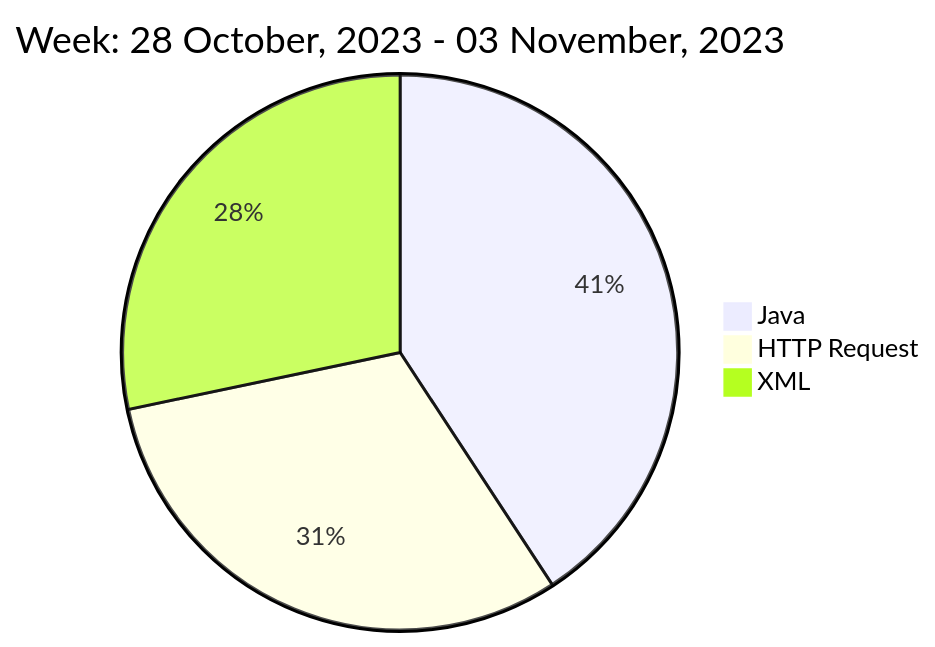
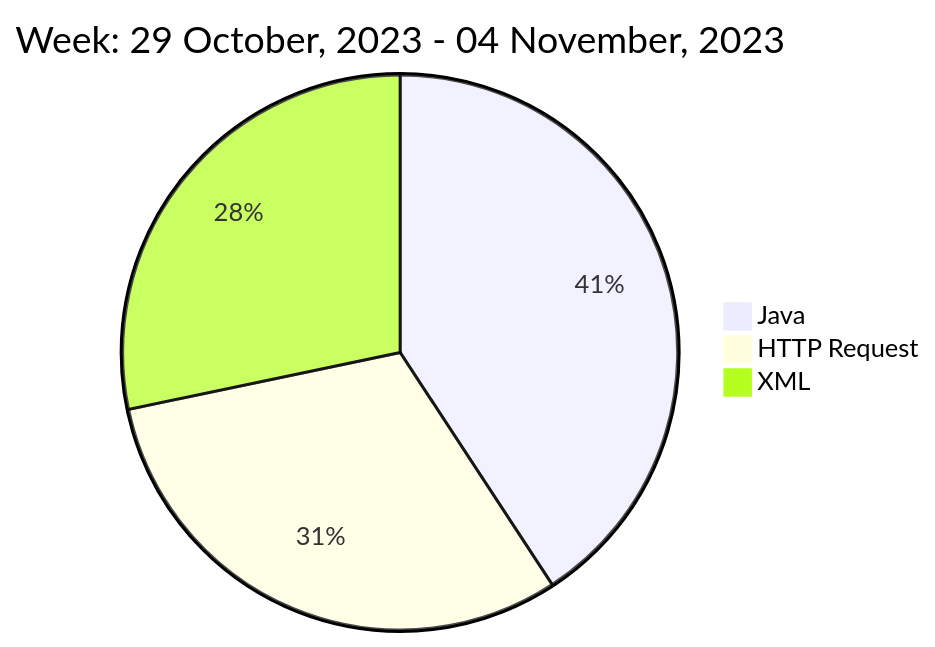
Before and after one commit to liubin95/liubin95: the diagram in README.md, drawn with Mermaid.

Commit message:
Updated the Graph with new Metrics

````diff
--- a/README.md
+++ b/README.md
@@ -40,7 +40,7 @@
 ```mermaid
  pie
-title Week: 28 October, 2023 - 03 November, 2023
+title Week: 29 October, 2023 - 04 November, 2023
  "Java" : 3.07
  "HTTP Request" : 2.33
  "XML" : 2.13
 ```
````
